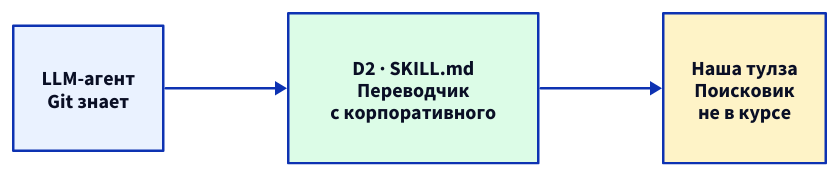
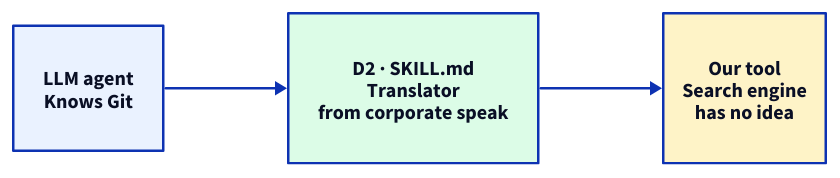
One commit to evgenyigumnov/blueprint4llm changed the first of 4 diagrams in article.en.md. Above: the diagram before and after it, drawn with D2. The commit also changed other lines of this file, not shown here.

````diff
--- a/article.en.md
+++ b/article.en.md
@@ -166,25 +166,25 @@
 ```d2
 direction: right
-agent: "LLM-агент\nGit знает" {
+agent: "LLM agent\nKnows Git" {
   width: 120
   height: 100
   style.fill: "#eaf2ff"
   style.font-size: 16
 }
-guide: "D2 · SKILL.md\nПереводчик\nс корпоративного" {
+guide: "D2 · SKILL.md\nTranslator\nfrom corporate speak" {
   label.near: center-center
   width: 200
   height: 120
   style.fill: "#dcfce7"
   style.font-size: 16
 }
-tool: "Наша тулза\nПоисковик\nне в курсе" {
+tool: "Our tool\nSearch engine\nhas no idea" {
   label.near: center-center
   width: 130
   height: 120
   style.fill: "#fef3c7"
   style.font-size: 16
 }
 agent -> guide
 guide -> tool
 ```
````
